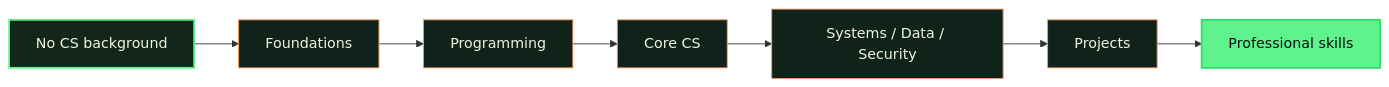
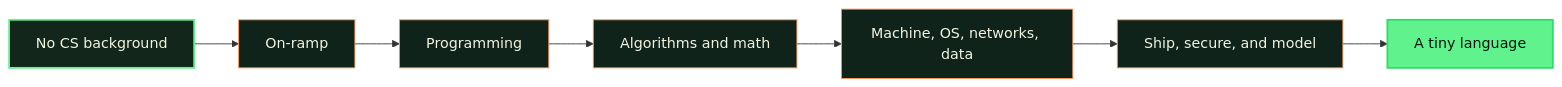
One commit to CS-Geni/public changed the diagram in README.md. Above: the diagram before and after it, drawn with Mermaid. The commit also changed other lines of this file, not shown here.

````diff
--- a/README.md
+++ b/README.md
@@ -14,16 +21,16 @@
 ```mermaid
 flowchart LR
-    A["No CS background"] --> B["Foundations"]
+    A["No CS background"] --> B["On-ramp"]
     B --> C["Programming"]
-    C --> D["Core CS"]
-    D --> E["Systems / Data / Security"]
-    E --> F["Projects"]
-    F --> G["Professional skills"]
+    C --> D["Algorithms and math"]
+    D --> E["Machine, OS, networks, data"]
+    E --> F["Ship, secure, and model"]
+    F --> G["A tiny language"]
 
     classDef start fill:#12261b,stroke:#60f28c,color:#f2f4df,stroke-width:2px
     classDef path fill:#10231b,stroke:#ff9654,color:#f2f4df
     classDef goal fill:#60f28c,stroke:#2dde68,color:#07110e,stroke-width:2px
     class A start
     class B,C,D,E,F path
     class G goal
 ```
````
